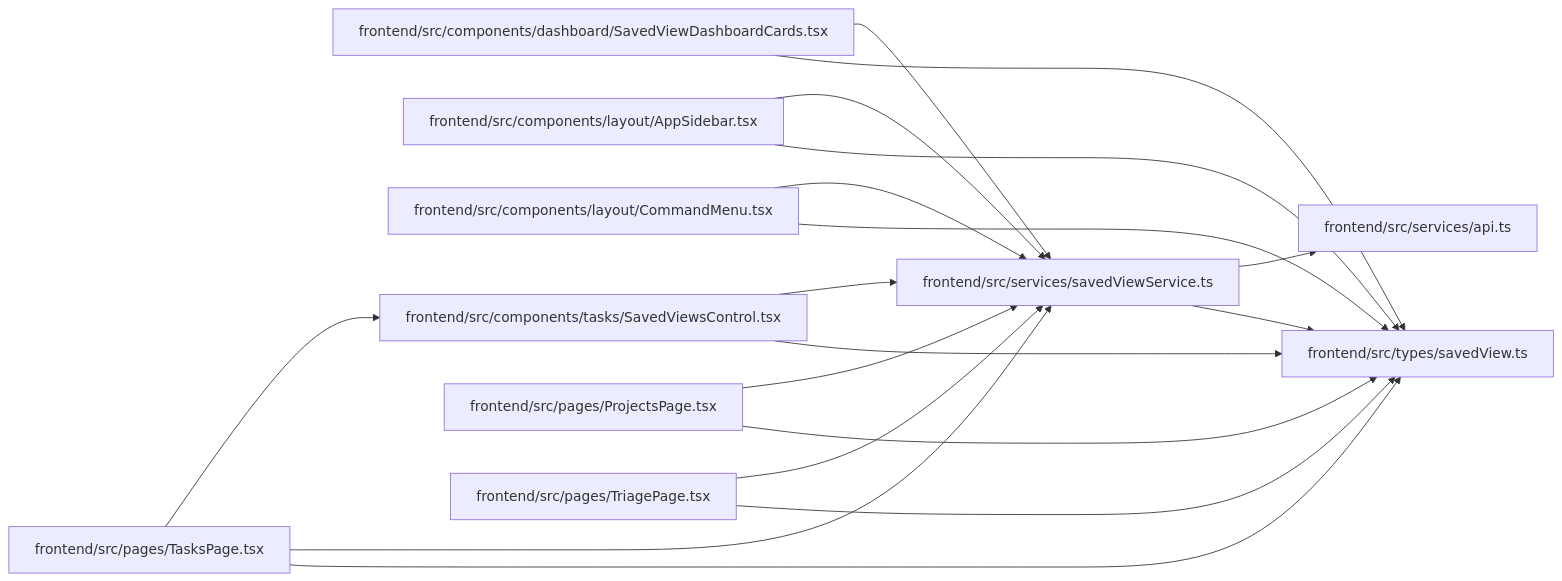
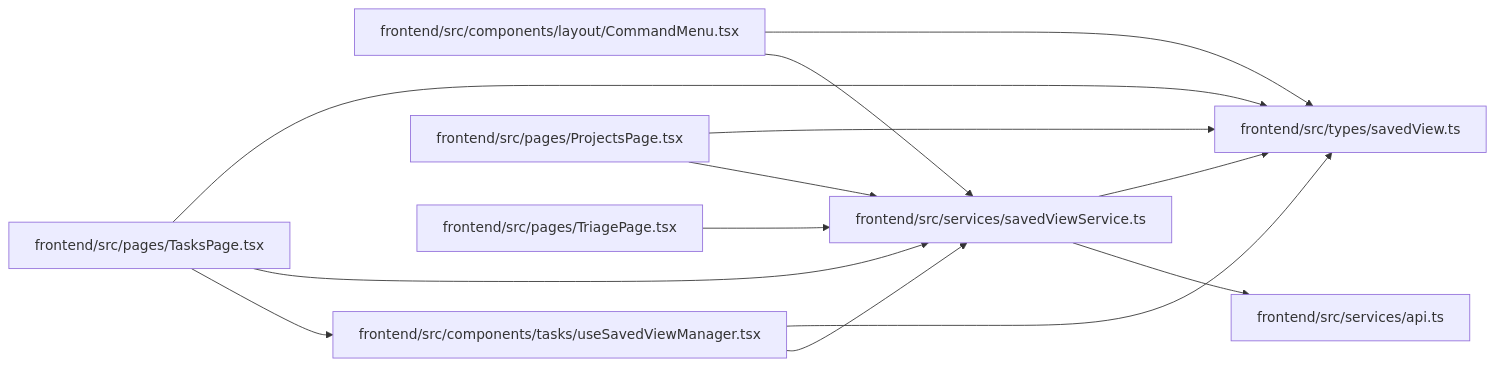
The diagram in docs/llm_wiki/modules/savedViewService.md (Denissvgn/WorkChord), drawn with Mermaid before and after one commit. The commit also changed other lines of this file and 2373 other files, not shown here.

````diff
--- a/docs/llm_wiki/modules/savedViewService.md
+++ b/docs/llm_wiki/modules/savedViewService.md
@@ -28,40 +28,31 @@
 ```mermaid
 flowchart LR
-    n0["frontend/src/components/dashboard/SavedViewDashboardCards.tsx"]
-    n1["frontend/src/components/layout/AppSidebar.tsx"]
-    n2["frontend/src/components/layout/CommandMenu.tsx"]
-    n3["frontend/src/components/tasks/SavedViewsControl.tsx"]
-    n4["frontend/src/pages/ProjectsPage.tsx"]
-    n5["frontend/src/pages/TasksPage.tsx"]
-    n6["frontend/src/pages/TriagePage.tsx"]
-    n7["frontend/src/services/api.ts"]
-    n8["frontend/src/services/savedViewService.ts"]
-    n9["frontend/src/types/savedView.ts"]
-    n0 --> n8
-    n0 --> n9
-    n1 --> n8
-    n1 --> n9
-    n2 --> n8
-    n2 --> n9
-    n3 --> n8
-    n3 --> n9
-    n4 --> n8
-    n4 --> n9
-    n5 --> n3
-    n5 --> n8
-    n5 --> n9
-    n6 --> n8
-    n6 --> n9
-    n8 --> n7
-    n8 --> n9
-    click n0 "../modules/SavedViewDashboardCards.md"
-    click n1 "../modules/AppSidebar.md"
-    click n2 "../modules/CommandMenu.md"
-    click n3 "../modules/SavedViewsControl.md"
-    click n4 "../modules/ProjectsPage.md"
-    click n5 "../modules/TasksPage.md"
-    click n6 "../modules/TriagePage.md"
-    click n7 "../modules/api.md"
-    click n8 "../modules/savedViewService.md"
-    click n9 "../modules/savedView.md"
+    n0["frontend/src/components/layout/CommandMenu.tsx"]
+    n1["frontend/src/components/tasks/useSavedViewManager.tsx"]
+    n2["frontend/src/pages/ProjectsPage.tsx"]
+    n3["frontend/src/pages/TasksPage.tsx"]
+    n4["frontend/src/pages/TriagePage.tsx"]
+    n5["frontend/src/services/api.ts"]
+    n6["frontend/src/services/savedViewService.ts"]
+    n7["frontend/src/types/savedView.ts"]
+    n0 --> n6
+    n0 --> n7
+    n1 --> n6
+    n1 --> n7
+    n2 --> n6
+    n2 --> n7
+    n3 --> n1
+    n3 --> n6
+    n3 --> n7
+    n4 --> n6
+    n6 --> n5
+    n6 --> n7
+    click n0 "../modules/CommandMenu.md"
+    click n1 "../modules/useSavedViewManager.md"
+    click n2 "../modules/ProjectsPage.md"
+    click n3 "../modules/TasksPage.md"
+    click n4 "../modules/TriagePage.md"
+    click n5 "../modules/api.md"
+    click n6 "../modules/savedViewService.md"
+    click n7 "../modules/savedView.md"
 ```
````
